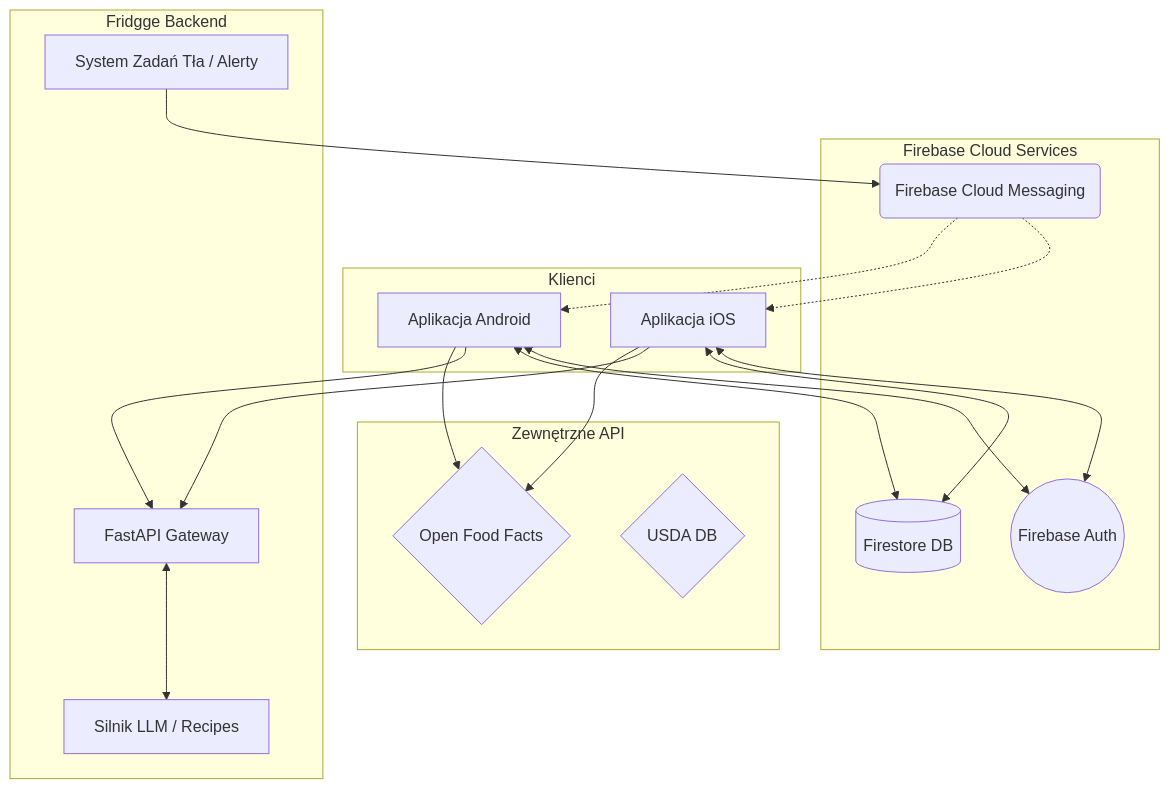
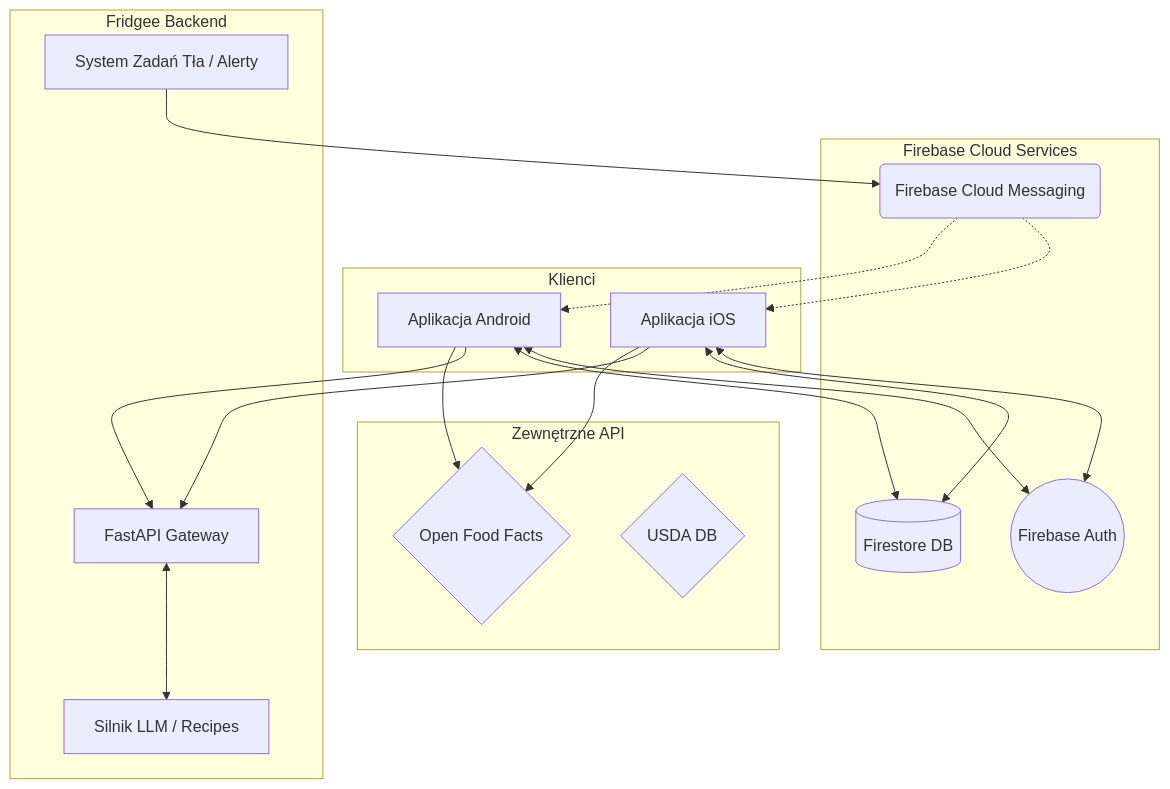
One commit to K1taSun/FRIDGEE changed the first of 4 diagrams in README.md. Above: the diagram before and after it, drawn with Mermaid. The commit also changed other lines of this file and 141 other files, not shown here.

````diff
--- a/README.md
+++ b/README.md
@@ -94,40 +94,40 @@
 ```mermaid
 graph TD
     subgraph Klienci
         AppIOS[Aplikacja iOS]
         AppAndroid[Aplikacja Android]
     end
 
     subgraph Firebase Cloud Services
         Auth((Firebase Auth))
         Firestore[(Firestore DB)]
         Push(Firebase Cloud Messaging)
     end
 
-    subgraph Fridgge Backend
+    subgraph Fridgee Backend
         API[FastAPI Gateway]
         AIML[Silnik LLM / Recipes]
         Crons[System Zadań Tła / Alerty]
     end
 
     subgraph Zewnętrzne API
         OFF{Open Food Facts}
         USDA{USDA DB}
     end
 
     AppIOS <--> Auth
     AppAndroid <--> Auth
     AppIOS <--> Firestore
     AppAndroid <--> Firestore
     
     AppIOS --> API
     AppAndroid --> API
     
     API <--> AIML
     Crons --> Push
     Push -.-> AppIOS
     Push -.-> AppAndroid
     
     AppIOS --> OFF
     AppAndroid --> OFF
 ```
````
